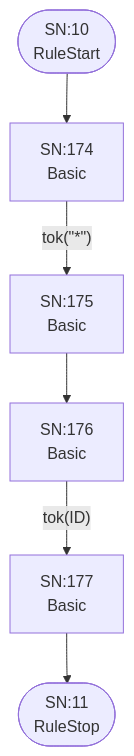
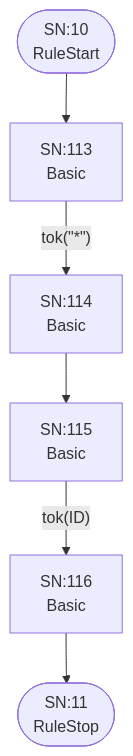
One commit to TypeFox/fastbelt changed the sixth of 25 diagrams in internal/grammar/atn.md. Above: the diagram before and after it, drawn with Mermaid. The commit also changed other lines of this file and 12 other files, not shown here.

````diff
--- a/internal/grammar/atn.md
+++ b/internal/grammar/atn.md
@@ -191,15 +191,15 @@
 ```mermaid
 flowchart TD
     q10(["SN:10<br/>RuleStart"])
     q11(["SN:11<br/>RuleStop"])
-    q174["SN:174<br/>Basic<br/>"]
-    q175["SN:175<br/>Basic<br/>"]
-    q176["SN:176<br/>Basic<br/>"]
-    q177["SN:177<br/>Basic<br/>"]
+    q113["SN:113<br/>Basic<br/>"]
+    q114["SN:114<br/>Basic<br/>"]
+    q115["SN:115<br/>Basic<br/>"]
+    q116["SN:116<br/>Basic<br/>"]
 
-    q10 --> q174
-    q174 -->|"tok(&quot;*&quot;)"| q175
-    q175 --> q176
-    q176 -->|"tok(ID)"| q177
-    q177 --> q11
+    q10 --> q113
+    q113 -->|"tok(&quot;*&quot;)"| q114
+    q114 --> q115
+    q115 -->|"tok(ID)"| q116
+    q116 --> q11
 ```
````
